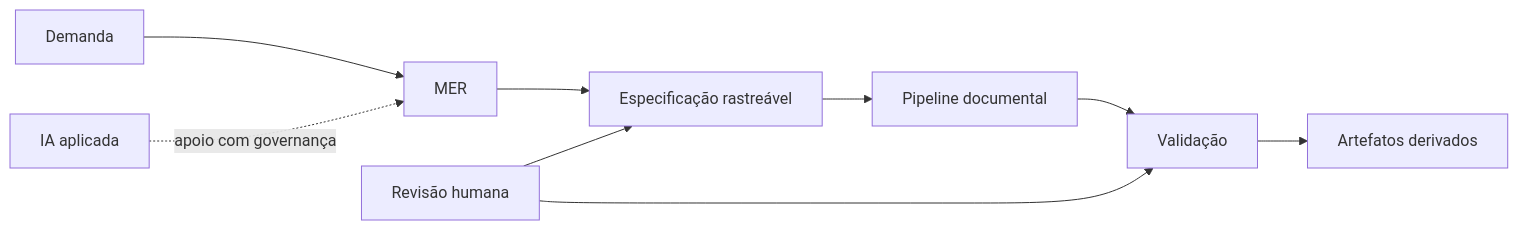
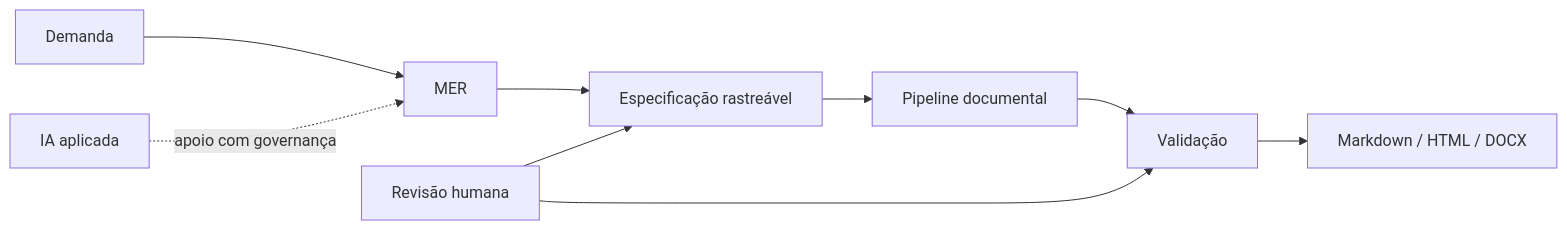
One commit to LSANTOSSS/SAF changed the diagram in README.md. Above: the diagram before and after it, drawn with Mermaid. The commit also changed other lines of this file and 9 other files, not shown here.

````diff
--- a/README.md
+++ b/README.md
@@ -22,11 +23,11 @@
 ```mermaid
 flowchart LR
     A[Demanda] --> B[MER]
     B --> C[Especificação rastreável]
     D[IA aplicada] -. apoio com governança .-> B
     C --> E[Pipeline documental]
     E --> F[Validação]
-    F --> G[Artefatos derivados]
+    F --> G[Markdown / HTML / DOCX]
     H[Revisão humana] --> C
     H --> F
 ```
````
